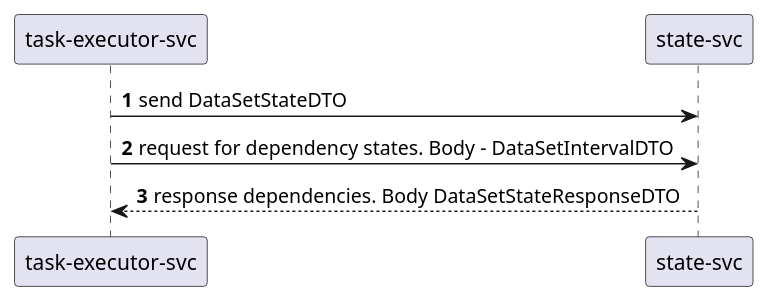
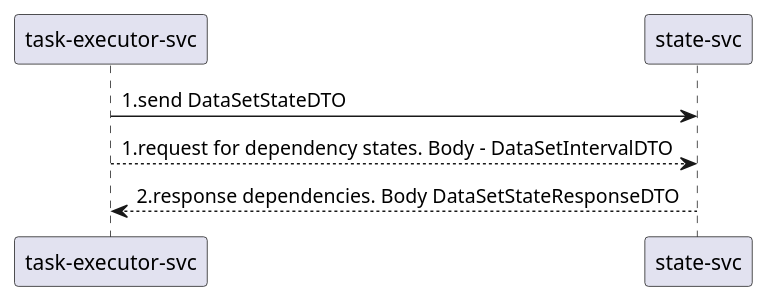
One commit to zaytsevdmitry/lakehouse changed the diagram in doc/system_design/task-executor-state-sq.puml. Above: the diagram before and after it, drawn with PlantUML. The commit also changed 20 other files, not shown here.

```diff
--- a/doc/system_design/task-executor-state-sq.puml
+++ b/doc/system_design/task-executor-state-sq.puml
@@ -1,10 +1,10 @@
 @startuml
 'https://plantuml.com/sequence-diagram
 
-autonumber
 
-"task-executor-svc" -> "state-svc": send DataSetStateDTO
-"task-executor-svc" -> "state-svc": request for dependency states. Body - DataSetIntervalDTO
-"state-svc" --> "task-executor-svc" : response dependencies. Body DataSetStateResponseDTO
+
+"task-executor-svc" -> "state-svc": 1.send DataSetStateDTO
+"task-executor-svc" --> "state-svc": 1.request for dependency states. Body - DataSetIntervalDTO
+"state-svc" --> "task-executor-svc" : 2.response dependencies. Body DataSetStateResponseDTO
 
 @enduml
```
